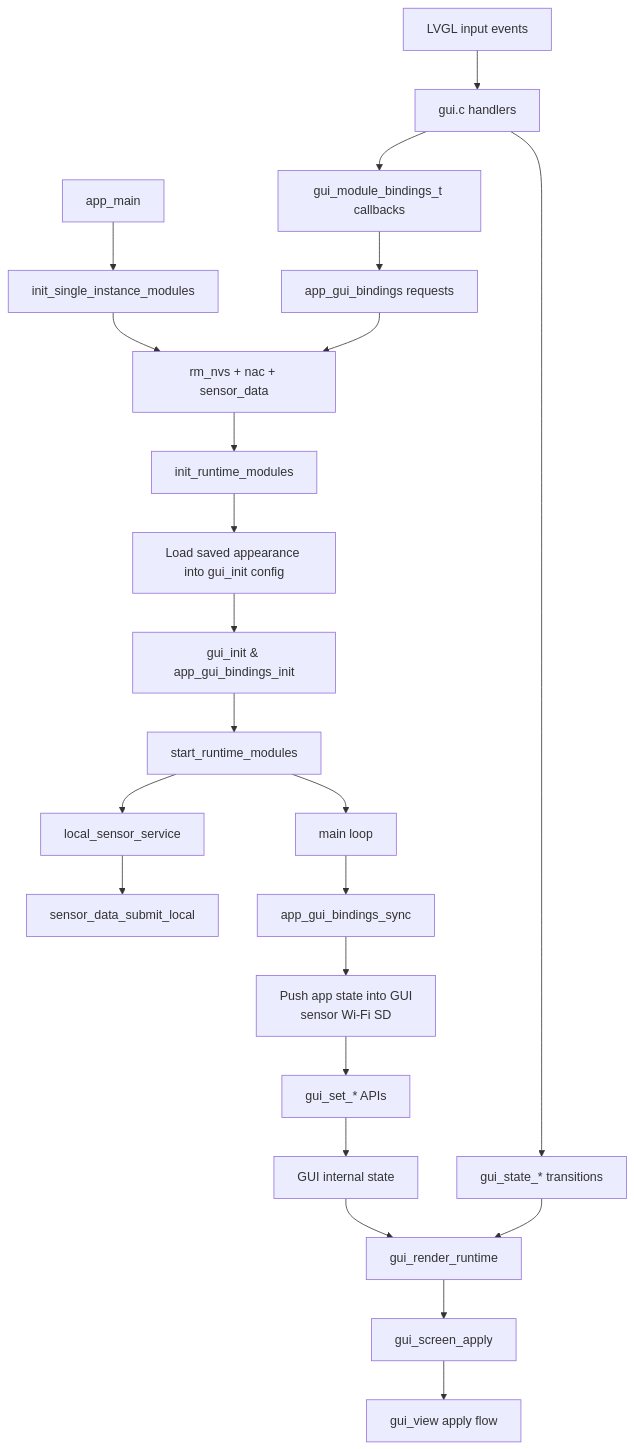
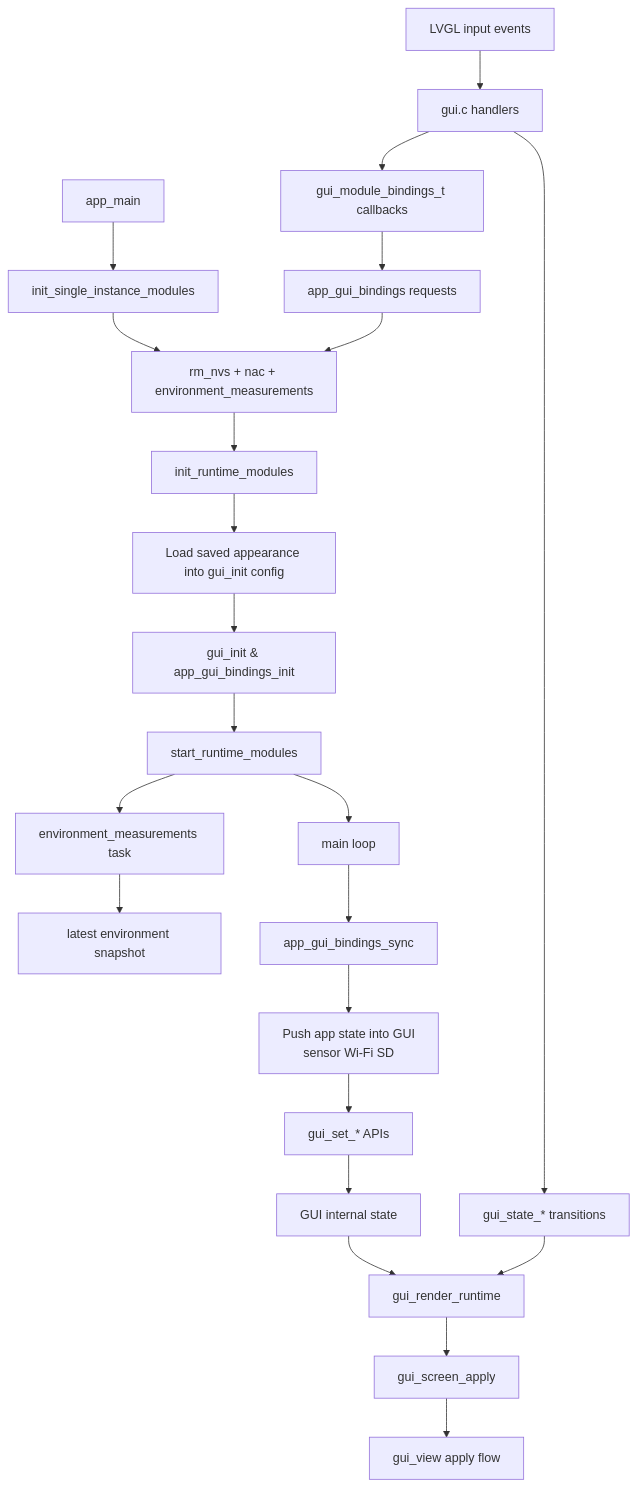
One commit to Under-Bordet-AB/redmole changed the second of 2 diagrams in components/gui/docs/gui_project_map.md. Above: the diagram before and after it, drawn with Mermaid. The commit also changed other lines of this file and 7 other files, not shown here.

````diff
--- a/components/gui/docs/gui_project_map.md
+++ b/components/gui/docs/gui_project_map.md
@@ -68,27 +68,27 @@
 ```mermaid
 flowchart TD
     boot[app_main] --> init1[init_single_instance_modules]
-    init1 --> services[rm_nvs + nac + sensor_data]
+    init1 --> services[rm_nvs + nac + environment_measurements]
     services --> init2[init_runtime_modules]
     init2 --> preload[Load saved appearance into gui_init config]
     preload --> guiinit[gui_init & app_gui_bindings_init]
     guiinit --> start[start_runtime_modules]
-    start --> sensorTask[local_sensor_service]
+    start --> sensorTask[environment_measurements task]
     start --> loop[main loop]
 
-    sensorTask --> sensorData[sensor_data_submit_local]
+    sensorTask --> sensorData[latest environment snapshot]
     loop --> sync[app_gui_bindings_sync]
     sync --> push[Push app state into GUI\nsensor Wi-Fi SD]
     push --> setters[gui_set_* APIs]
     setters --> state[GUI internal state]
     state --> render[gui_render_runtime]
     render --> screen[gui_screen_apply]
     screen --> view[gui_view apply flow]
 
     ui[LVGL input events] --> coordinator[gui.c handlers]
     coordinator --> transitions[gui_state_* transitions]
     transitions --> render
     coordinator --> callbacks[gui_module_bindings_t callbacks]
     callbacks --> bindingsActions[app_gui_bindings requests]
     bindingsActions --> services
 ```
````
